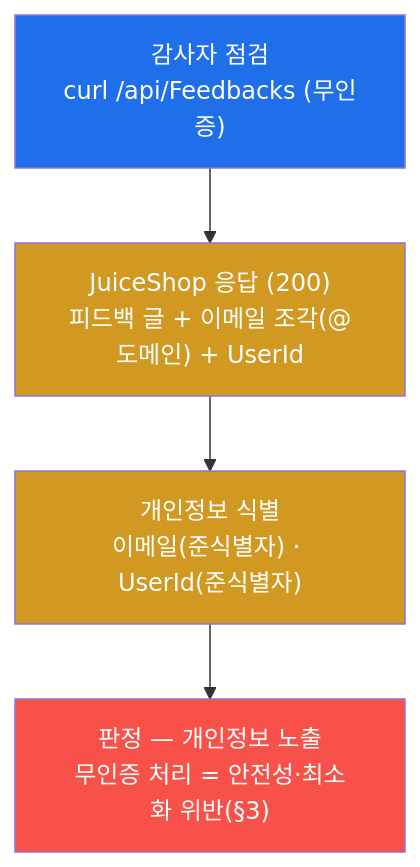
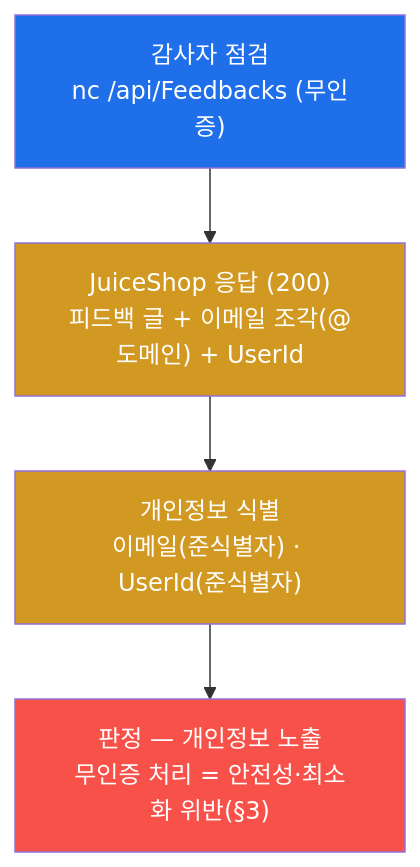
The third of 8 diagrams in contents/training/compliance/lecture_week12.md (mrgrit/tw2), drawn with Mermaid before and after one commit. The commit also changed other lines of this file and 29 other files, not shown here.

````diff
--- a/contents/training/compliance/lecture_week12.md
+++ b/contents/training/compliance/lecture_week12.md
@@ -248,12 +248,12 @@
 ```mermaid
 graph TD
-    REQ["감사자 점검<br/>curl /api/Feedbacks (무인증)"]
+    REQ["감사자 점검<br/>nc /api/Feedbacks (무인증)"]
     RESP["JuiceShop 응답 (200)<br/>피드백 글 + 이메일 조각(@도메인) + UserId"]
     ID["개인정보 식별<br/>이메일(준식별자) · UserId(준식별자)"]
     JUDGE["판정 — 개인정보 노출<br/>무인증 처리 = 안전성·최소화 위반(§3)"]
     REQ --> RESP --> ID --> JUDGE
     style REQ fill:#1f6feb,color:#fff
     style RESP fill:#d29922,color:#fff
     style ID fill:#d29922,color:#fff
     style JUDGE fill:#f85149,color:#fff
 ```
````
